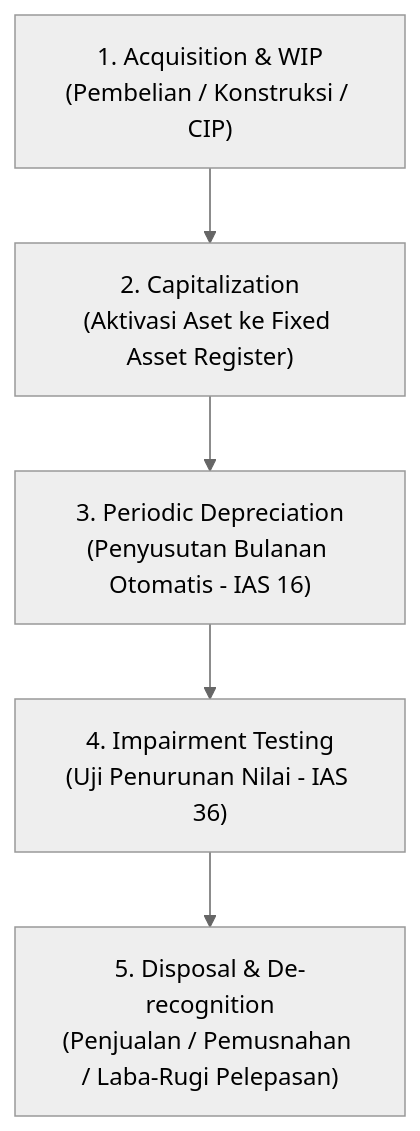
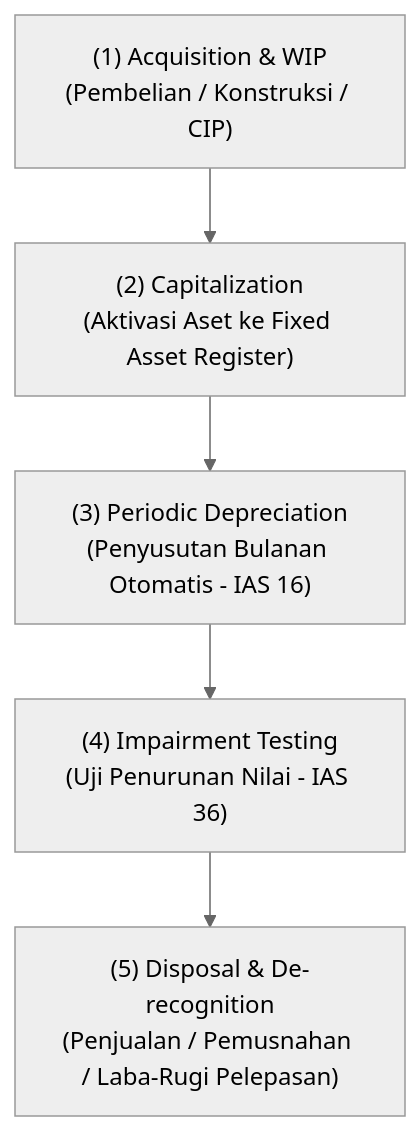
Before and after one commit to alimurrofid/erp-notes: the diagram in content/02-accounting/fixed-asset-accounting.md, drawn with Mermaid (neutral theme). The commit also changed 132 other files, not shown here.

````diff
--- a/content/02-accounting/fixed-asset-accounting.md
+++ b/content/02-accounting/fixed-asset-accounting.md
@@ -30,8 +30,8 @@
 ```mermaid
 flowchart TD
-    Acq["1. Acquisition & WIP<br/>(Pembelian / Konstruksi / CIP)"]
-    --> Cap["2. Capitalization<br/>(Aktivasi Aset ke Fixed Asset Register)"]
-    --> Dep["3. Periodic Depreciation<br/>(Penyusutan Bulanan Otomatis - IAS 16)"]
-    --> Imp["4. Impairment Testing<br/>(Uji Penurunan Nilai - IAS 36)"]
-    --> Disp["5. Disposal & De-recognition<br/>(Penjualan / Pemusnahan / Laba-Rugi Pelepasan)"]
+    Acq["(1) Acquisition & WIP<br/>(Pembelian / Konstruksi / CIP)"]
+    --> Cap["(2) Capitalization<br/>(Aktivasi Aset ke Fixed Asset Register)"]
+    --> Dep["(3) Periodic Depreciation<br/>(Penyusutan Bulanan Otomatis - IAS 16)"]
+    --> Imp["(4) Impairment Testing<br/>(Uji Penurunan Nilai - IAS 36)"]
+    --> Disp["(5) Disposal & De-recognition<br/>(Penjualan / Pemusnahan / Laba-Rugi Pelepasan)"]
 ```
````
